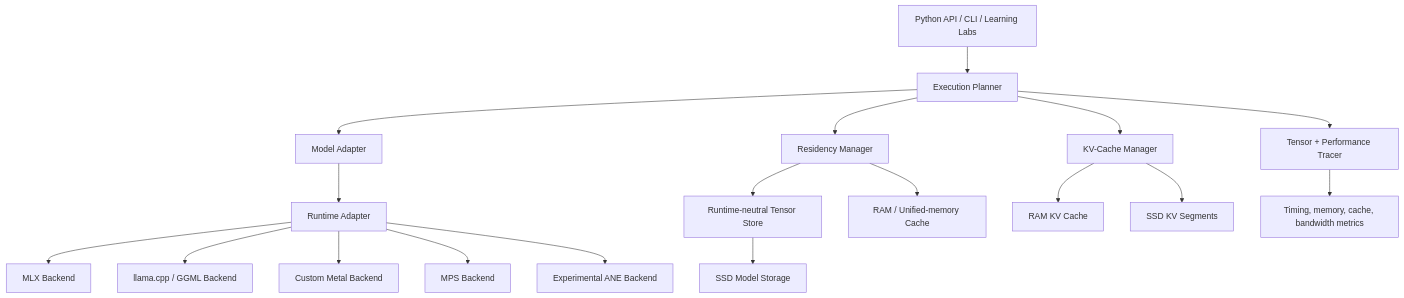
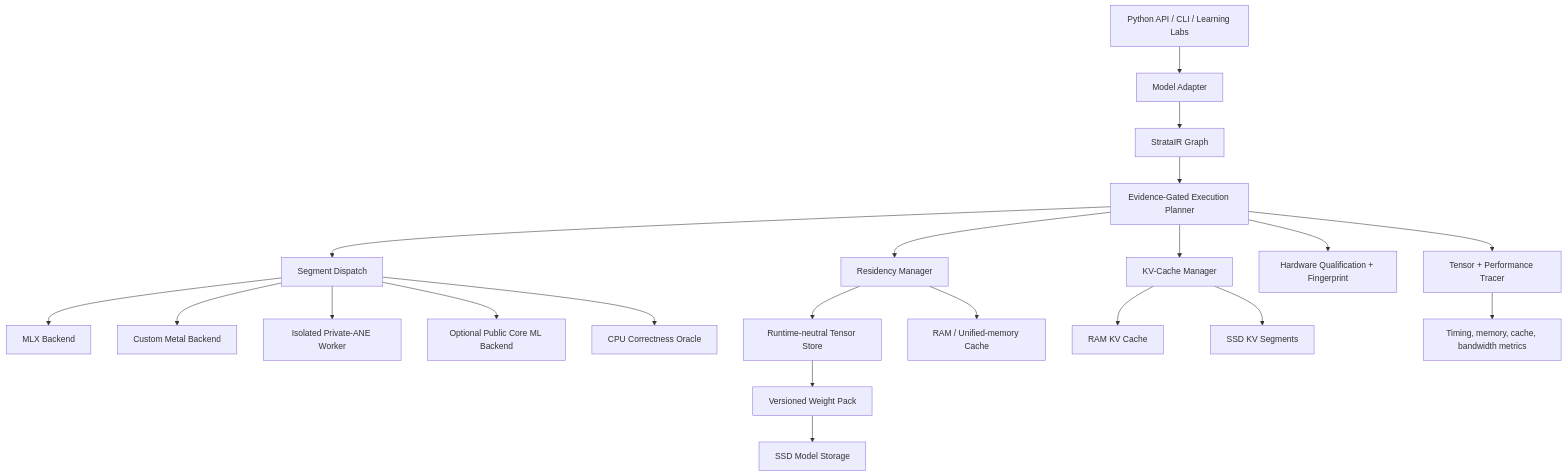
The first of 6 diagrams in STRATA_ENGINEERING_CONTEXT.md (Ikaikaalika/strata), drawn with Mermaid before and after one commit. The commit also changed other lines of this file and 3 other files, not shown here.

Commit message:
Record Wave 2 M1 evidence and architecture

````diff
--- a/STRATA_ENGINEERING_CONTEXT.md
+++ b/STRATA_ENGINEERING_CONTEXT.md
@@ -71,26 +71,29 @@
 ```mermaid
 flowchart TD
-    API["Python API / CLI / Learning Labs"] --> PLAN["Execution Planner"]
+    API["Python API / CLI / Learning Labs"] --> MODEL["Model Adapter"]
+    MODEL --> IR["StrataIR Graph"]
+    IR --> PLAN["Evidence-Gated Execution Planner"]
 
-    PLAN --> MODEL["Model Adapter"]
     PLAN --> RES["Residency Manager"]
     PLAN --> KV["KV-Cache Manager"]
     PLAN --> TRACE["Tensor + Performance Tracer"]
+    PLAN --> QUAL["Hardware Qualification + Fingerprint"]
 
-    MODEL --> RUNTIME["Runtime Adapter"]
+    PLAN --> RUNTIME["Segment Dispatch"]
 
     RUNTIME --> MLX["MLX Backend"]
-    RUNTIME --> GGML["llama.cpp / GGML Backend"]
     RUNTIME --> METAL["Custom Metal Backend"]
-    RUNTIME --> MPS["MPS Backend"]
-    RUNTIME --> ANE["Experimental ANE Backend"]
+    RUNTIME --> ANE["Isolated Private-ANE Worker"]
+    RUNTIME --> COREML["Optional Public Core ML Backend"]
+    RUNTIME --> CPU["CPU Correctness Oracle"]
 
     RES --> STORE["Runtime-neutral Tensor Store"]
-    STORE --> SSD["SSD Model Storage"]
+    STORE --> PACK["Versioned Weight Pack"]
+    PACK --> SSD["SSD Model Storage"]
     RES --> RAM["RAM / Unified-memory Cache"]
 
     KV --> KVRAM["RAM KV Cache"]
     KV --> KVSSD["SSD KV Segments"]
 
     TRACE --> METRICS["Timing, memory, cache, bandwidth metrics"]
 ```
````
